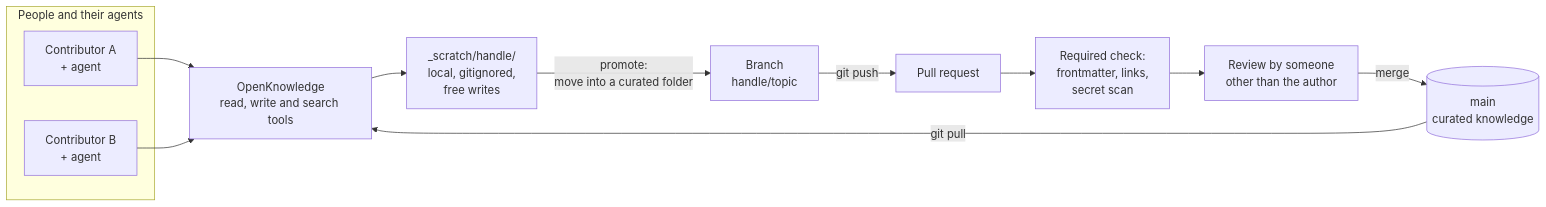
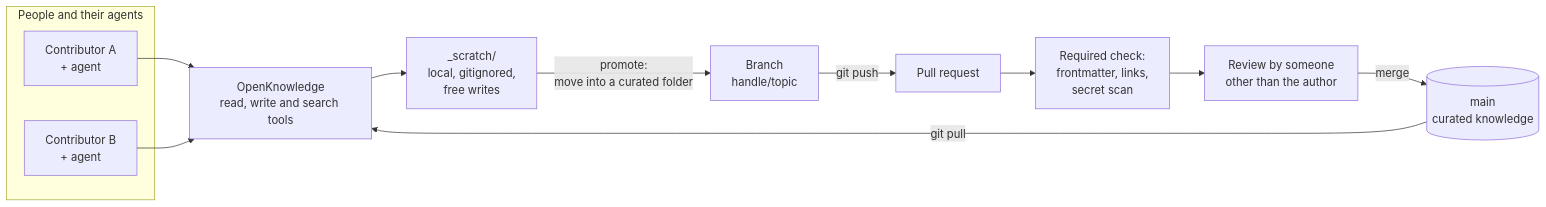
One commit to inotives/inotives-knowledge-share changed the first of 5 diagrams in README.md. Above: the diagram before and after it, drawn with Mermaid. The commit also changed other lines of this file and 16 other files, not shown here.

````diff
--- a/README.md
+++ b/README.md
@@ -29,24 +29,24 @@
 ```mermaid
 flowchart LR
     subgraph People["People and their agents"]
         A["Contributor A<br/>+ agent"]
         B["Contributor B<br/>+ agent"]
     end
     OK["OpenKnowledge<br/>read, write and search tools"]
-    S["_scratch/handle/<br/>local, gitignored,<br/>free writes"]
+    S["_scratch/<br/>local, gitignored,<br/>free writes"]
     BR["Branch<br/>handle/topic"]
     PR["Pull request"]
     CI["Required check:<br/>frontmatter, links,<br/>secret scan"]
     R["Review by someone<br/>other than the author"]
     M[("main<br/>curated knowledge")]
 
     A --> OK
     B --> OK
     OK --> S
     S -->|"promote:<br/>move into a curated folder"| BR
     BR -->|"git push"| PR
     PR --> CI
     CI --> R
     R -->|"merge"| M
     M -->|"git pull"| OK
 ```
````
